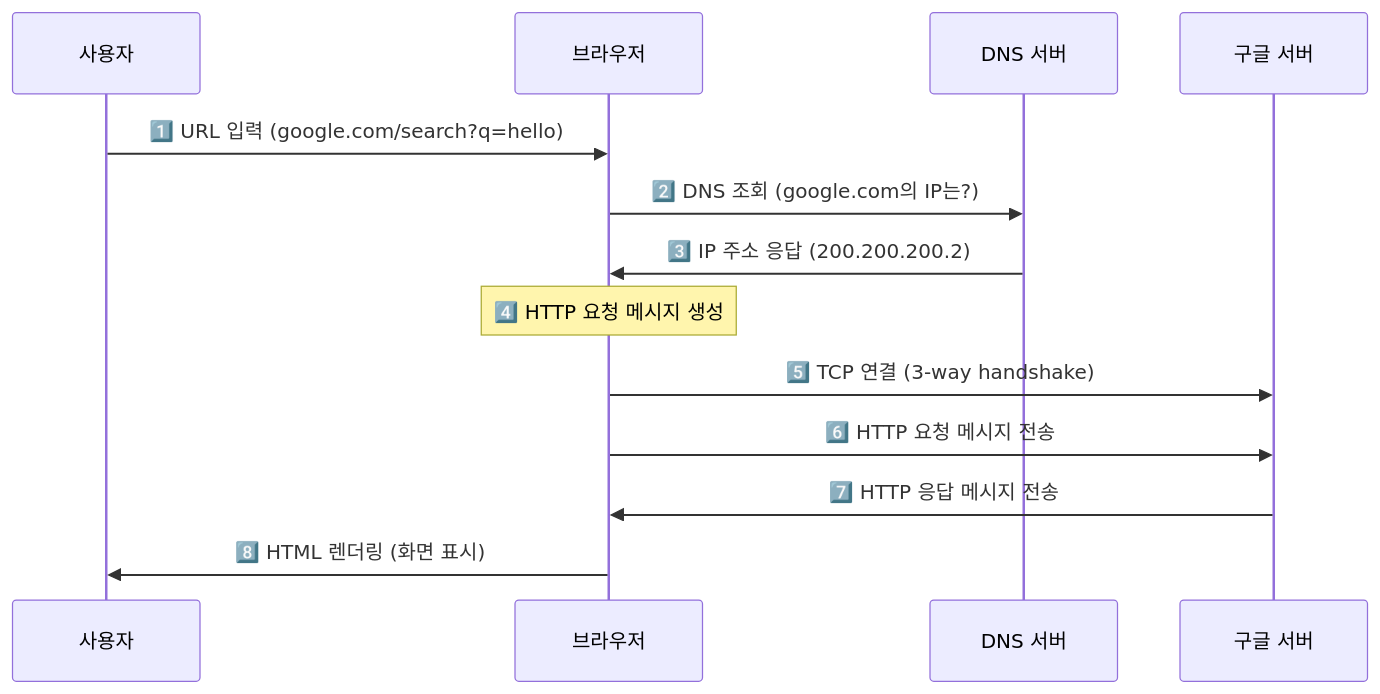
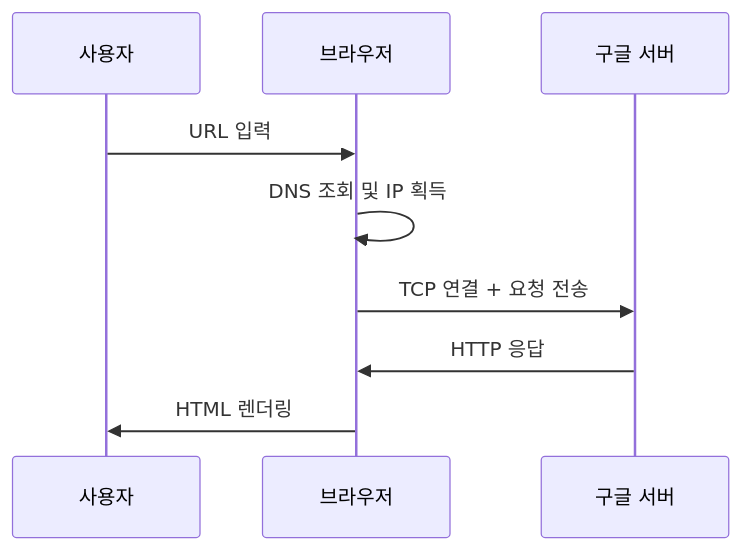
The first of 2 diagrams in _posts/http/2021-01-03-http-1.md (yjkim2015/yjkim2015.github.io), drawn with Mermaid before and after one commit. The commit also changed 155 other files, not shown here.

First line of the commit message:
Mermaid 전면 수정: subgraph 제거, participant/노드/줄수 축소 (342블록)

````diff
--- a/_posts/http/2021-01-03-http-1.md
+++ b/_posts/http/2021-01-03-http-1.md
@@ -137,15 +137,11 @@
 ```mermaid
 sequenceDiagram
     participant U as 사용자
     participant B as 브라우저
-    participant D as DNS 서버
     participant S as 구글 서버
-    U->>B: 1️⃣ URL 입력 (google.com/search?q=hello)
-    B->>D: 2️⃣ DNS 조회 (google.com의 IP는?)
-    D->>B: 3️⃣ IP 주소 응답 (200.200.200.2)
-    Note over B: 4️⃣ HTTP 요청 메시지 생성
-    B->>S: 5️⃣ TCP 연결 (3-way handshake)
-    B->>S: 6️⃣ HTTP 요청 메시지 전송
-    S->>B: 7️⃣ HTTP 응답 메시지 전송
-    B->>U: 8️⃣ HTML 렌더링 (화면 표시)
+    U->>B: URL 입력
+    B->>B: DNS 조회 및 IP 획득
+    B->>S: TCP 연결 + 요청 전송
+    S->>B: HTTP 응답
+    B->>U: HTML 렌더링
 ```
````
